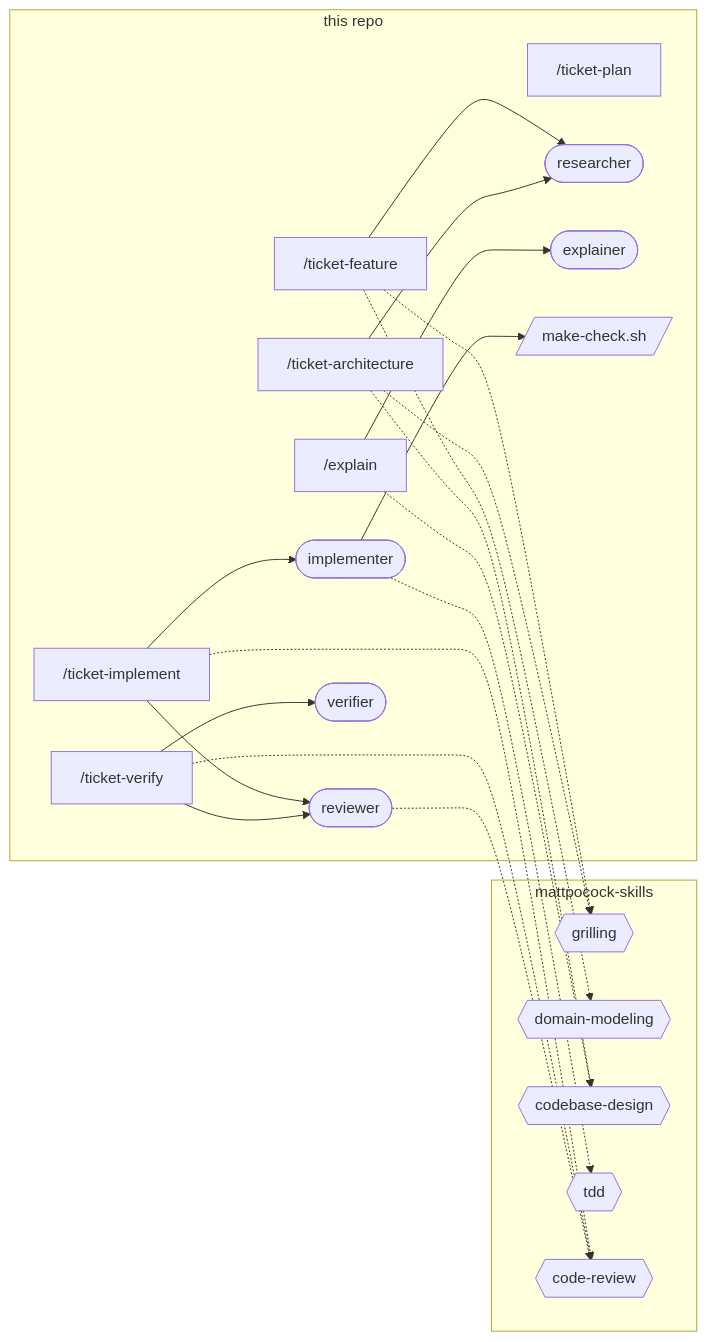
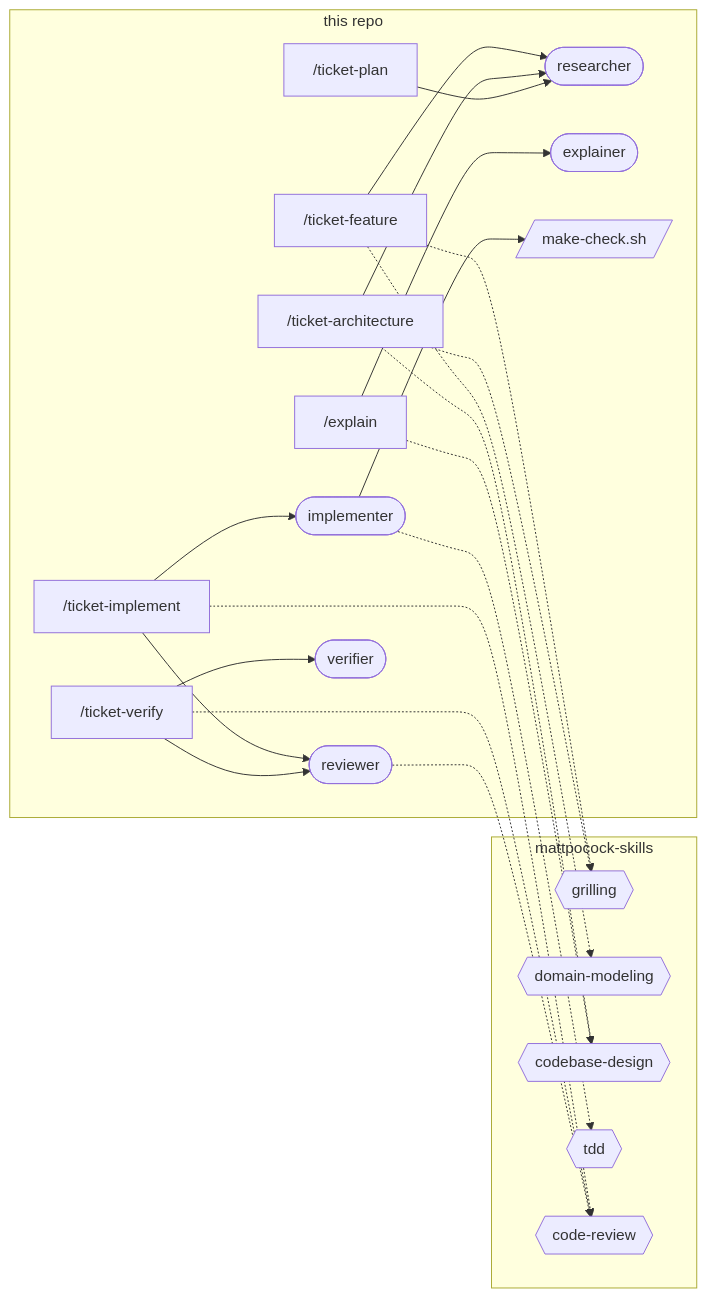
One commit to khotei/app-template changed the second of 3 diagrams in docs/knowledge/sdd.md. Above: the diagram before and after it, drawn with Mermaid. The commit also changed other lines of this file and 11 other files, not shown here.

````diff
--- a/docs/knowledge/sdd.md
+++ b/docs/knowledge/sdd.md
@@ -74,37 +74,38 @@
 ```mermaid
 graph LR
   subgraph ours [this repo]
     feature["/ticket-feature"]
     arch["/ticket-architecture"]
     plan["/ticket-plan"]
     impl["/ticket-implement"]
     verify["/ticket-verify"]
     explain["/explain"]
     researcher([researcher])
     implementer([implementer])
     reviewer([reviewer])
     verifier([verifier])
     explainer([explainer])
     hook[/make-check.sh/]
   end
   subgraph plugin [mattpocock-skills]
     grilling{{grilling}}
     modeling{{domain-modeling}}
     design{{codebase-design}}
     tdd{{tdd}}
     review{{code-review}}
   end
   feature -.-> grilling & modeling
   feature --> researcher
   arch -.-> design & grilling
   arch --> researcher
+  plan --> researcher
   impl --> implementer & reviewer
   impl -.-> review
   implementer -.-> tdd
   implementer --> hook
   verify --> verifier & reviewer
   verify -.-> review
   reviewer -.-> review
   explain --> explainer
   explain -.-> design
 ```
````
